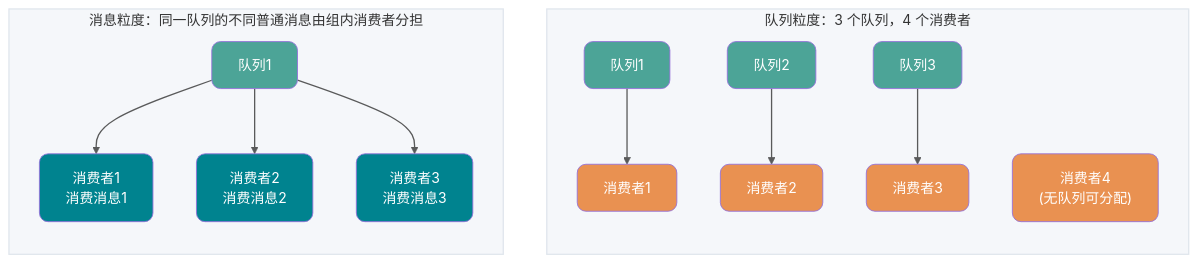
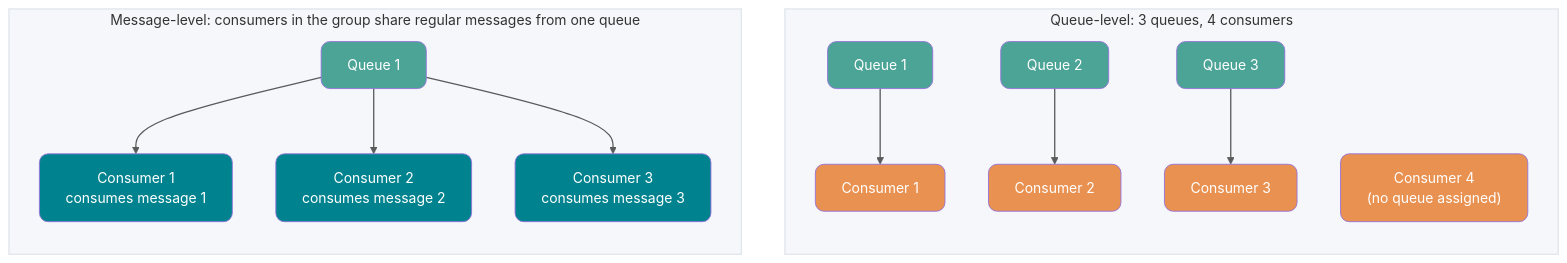
Before and after one commit to m3h3d1/JavaGuideEn: the fourth of 13 diagrams in docs/high-performance/message-queue/rocketmq-questions.md, drawn with Mermaid. The commit also changed other lines of this file and 128 other files, not shown here.

````diff
--- a/docs/high-performance/message-queue/rocketmq-questions.md
+++ b/docs/high-performance/message-queue/rocketmq-questions.md
@@ -277,29 +277,29 @@
 ```mermaid
 flowchart TB
-    subgraph Queue["队列粒度：3 个队列，4 个消费者"]
+    subgraph Queue["Queue-level: 3 queues, 4 consumers"]
         style Queue fill:#F5F7FA,stroke:#E0E6ED,stroke-width:1.5px
         direction TB
-        Q1["队列1"] --> C1["消费者1"]
-        Q2["队列2"] --> C2["消费者2"]
-        Q3["队列3"] --> C3["消费者3"]
-        C4["消费者4<br/>(无队列可分配)"]
+        Q1["Queue 1"] --> C1["Consumer 1"]
+        Q2["Queue 2"] --> C2["Consumer 2"]
+        Q3["Queue 3"] --> C3["Consumer 3"]
+        C4["Consumer 4<br/>(no queue assigned)"]
     end
 
-    subgraph Message["消息粒度：同一队列的不同普通消息由组内消费者分担"]
+    subgraph Message["Message-level: consumers in the group share regular messages from one queue"]
         style Message fill:#F5F7FA,stroke:#E0E6ED,stroke-width:1.5px
         direction TB
-        MQ1["队列1"] --> MC1["消费者1<br/>消费消息1"]
-        MQ1 --> MC2["消费者2<br/>消费消息2"]
-        MQ1 --> MC3["消费者3<br/>消费消息3"]
+        MQ1["Queue 1"] --> MC1["Consumer 1<br/>consumes message 1"]
+        MQ1 --> MC2["Consumer 2<br/>consumes message 2"]
+        MQ1 --> MC3["Consumer 3<br/>consumes message 3"]
     end
 
     classDef queue fill:#4CA497,color:#fff,rx:10,ry:10
     classDef consumer4x fill:#E99151,color:#fff,rx:10,ry:10
     classDef consumer5x fill:#00838F,color:#fff,rx:10,ry:10
 
     class Q1,Q2,Q3,MQ1 queue
     class C1,C2,C3,C4 consumer4x
     class MC1,MC2,MC3 consumer5x
 
     linkStyle default stroke-width:1.5px,opacity:0.8
 ```
````
